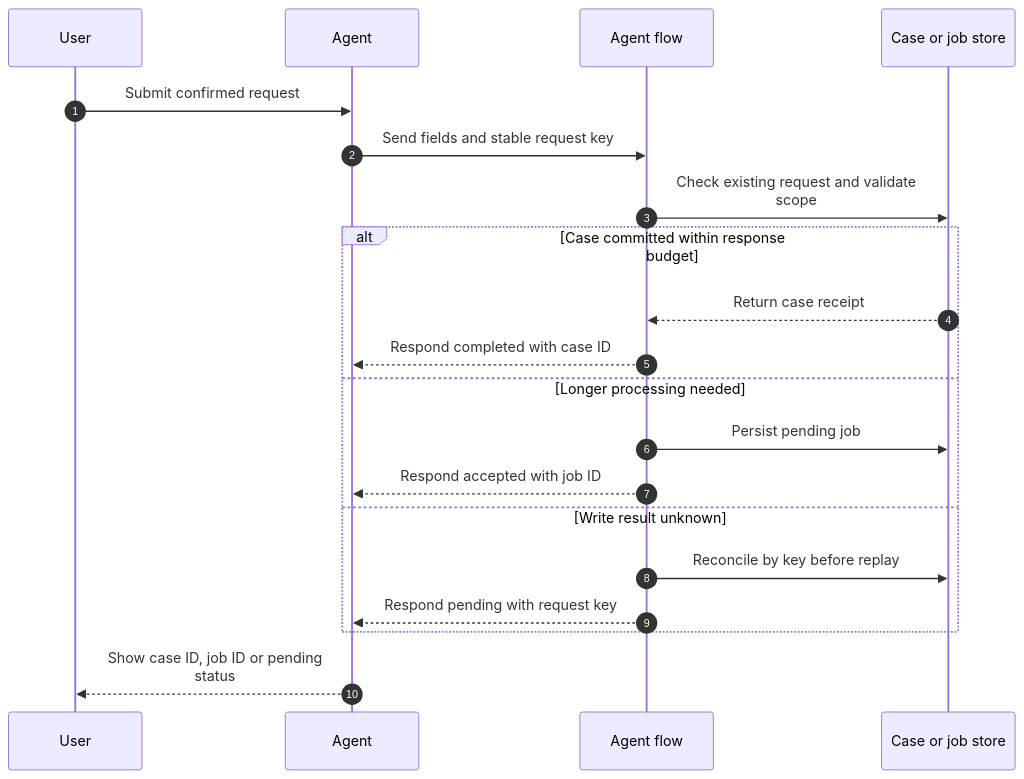
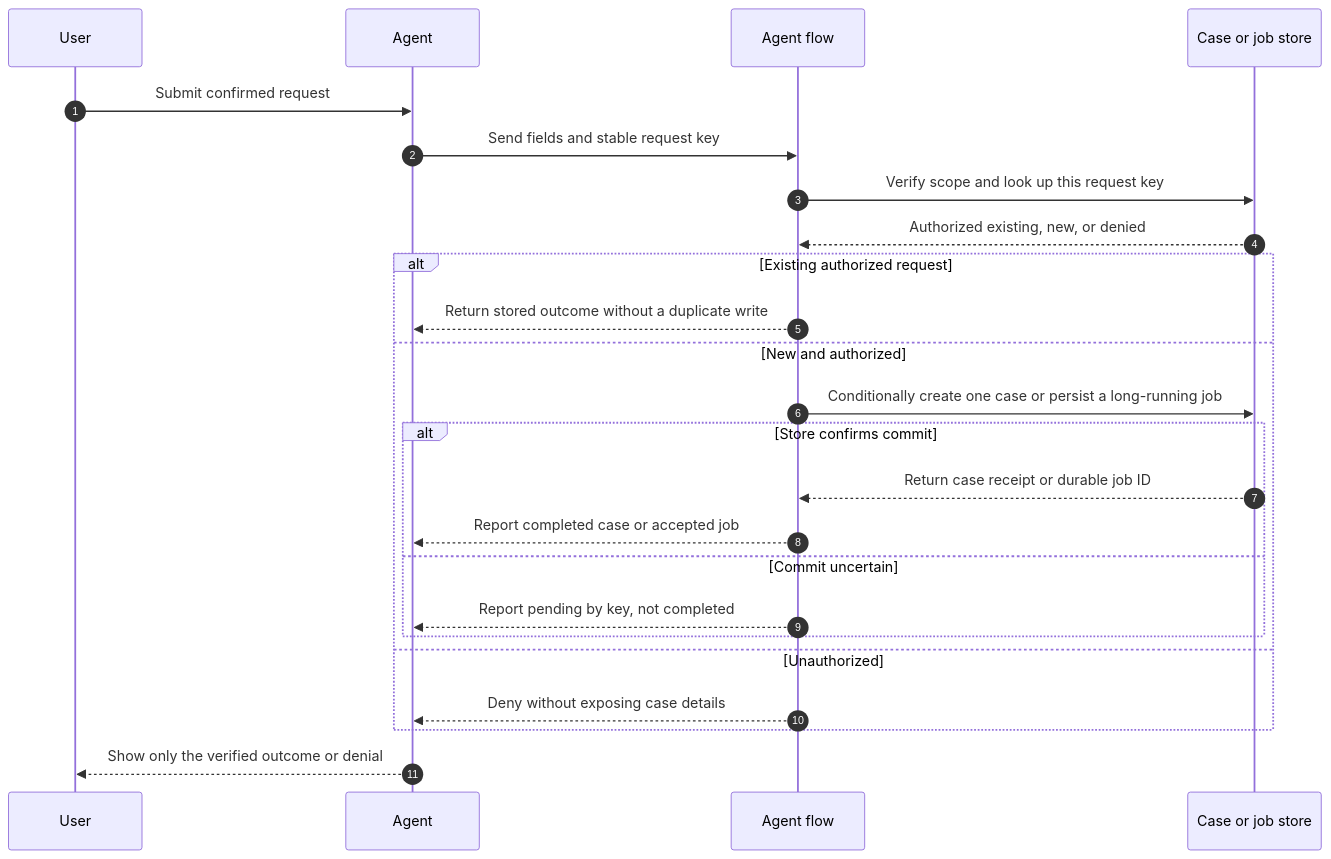
Before and after one commit to abhishek-ai-enabler/copilotstudio-architecture-patterns: the second of 2 diagrams in technical-patterns/synchronous-agent-flow.md, drawn with Mermaid. The commit also changed other lines of this file and 168 other files, not shown here.

First line of the commit message:
Validate AI architecture reviews and illustrate every technical flow

````diff
--- a/technical-patterns/synchronous-agent-flow.md
+++ b/technical-patterns/synchronous-agent-flow.md
@@ -34,23 +39,27 @@
 ```mermaid
 sequenceDiagram
     accTitle: Return a typed result from an agent flow - technical flow
     autonumber
     participant U as User
     participant A as Agent
     participant F as Agent flow
     participant S as Case or job store
     U->>A: Submit confirmed request
     A->>F: Send fields and stable request key
-    F->>S: Check existing request and validate<br/>scope
-    alt Case committed within response budget
-      S-->>F: Return case receipt
-      F-->>A: Respond completed with case ID
-    else Longer processing needed
-      F->>S: Persist pending job
-      F-->>A: Respond accepted with job ID
-    else Write result unknown
-      F->>S: Reconcile by key before replay
-      F-->>A: Respond pending with request key
+    F->>S: Verify scope and look up this request key
+    S-->>F: Authorized existing, new, or denied
+    alt Existing authorized request
+      F-->>A: Return stored outcome without a duplicate write
+    else New and authorized
+      F->>S: Conditionally create one case or persist a long-running job
+      alt Store confirms commit
+        S-->>F: Return case receipt or durable job ID
+        F-->>A: Report completed case or accepted job
+      else Commit uncertain
+        F-->>A: Report pending by key, not completed
+      end
+    else Unauthorized
+      F-->>A: Deny without exposing case details
     end
-    A-->>U: Show case ID, job ID or pending<br/>status
+    A-->>U: Show only the verified outcome or denial
 ```
````
